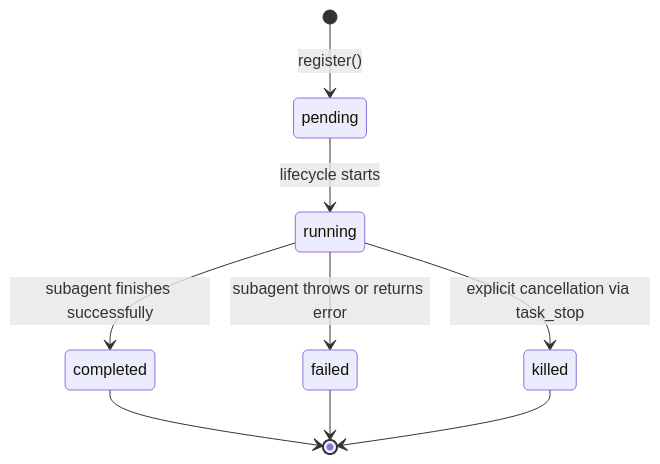
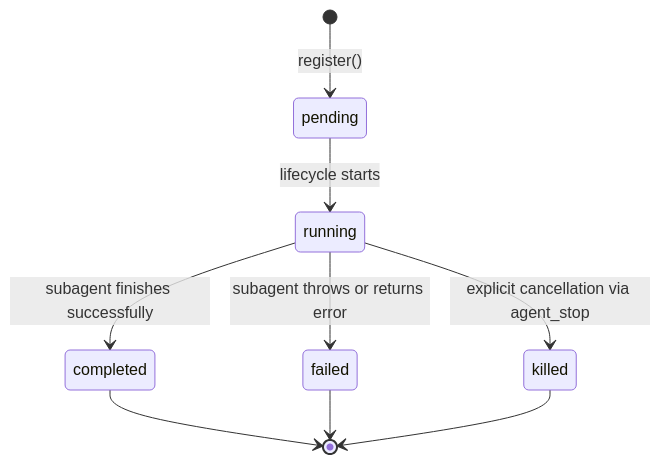
Before and after one commit to liteaiagent/liteai: the first of 2 diagrams in specs/015-subagent-async-dispatch/data-model.md, drawn with Mermaid. The commit also changed other lines of this file and 41 other files, not shown here.

````diff
--- a/specs/015-subagent-async-dispatch/data-model.md
+++ b/specs/015-subagent-async-dispatch/data-model.md
@@ -34,11 +34,11 @@
 ```mermaid
 stateDiagram-v2
     [*] --> pending: register()
     pending --> running: lifecycle starts
     running --> completed: subagent finishes successfully
     running --> failed: subagent throws or returns error
-    running --> killed: explicit cancellation via task_stop
+    running --> killed: explicit cancellation via agent_stop
     completed --> [*]
     failed --> [*]
     killed --> [*]
 ```
````
